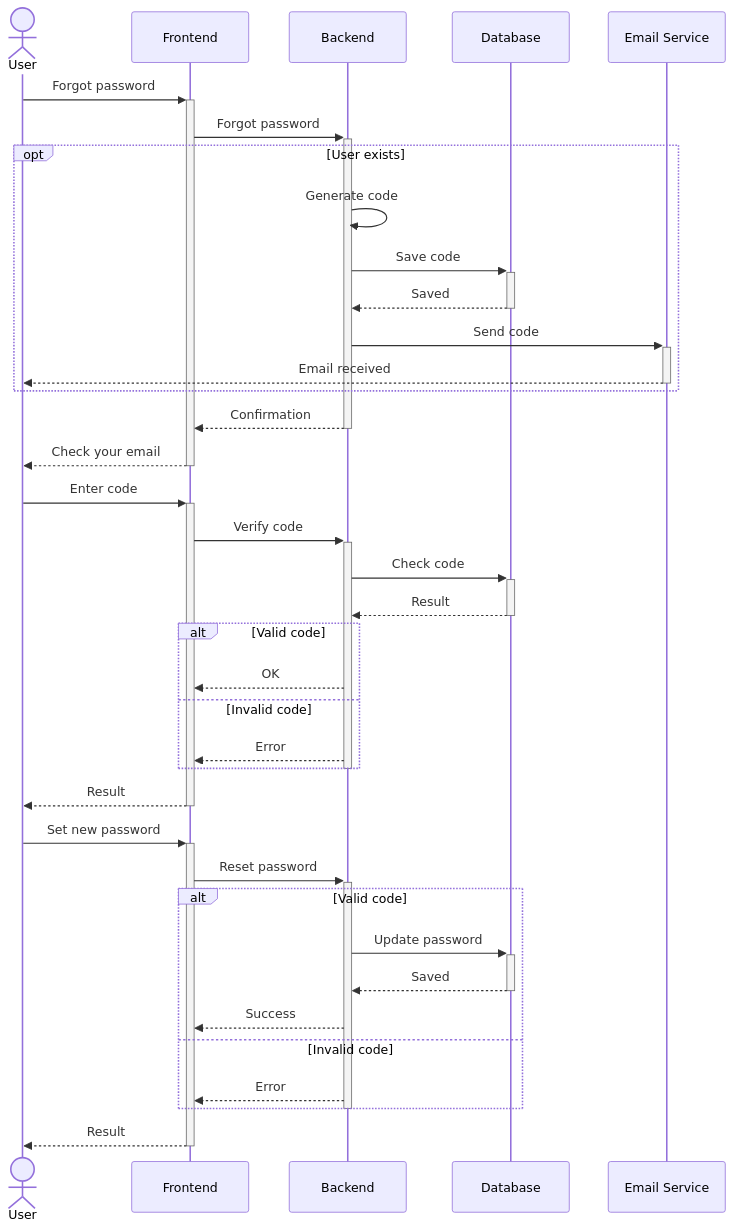
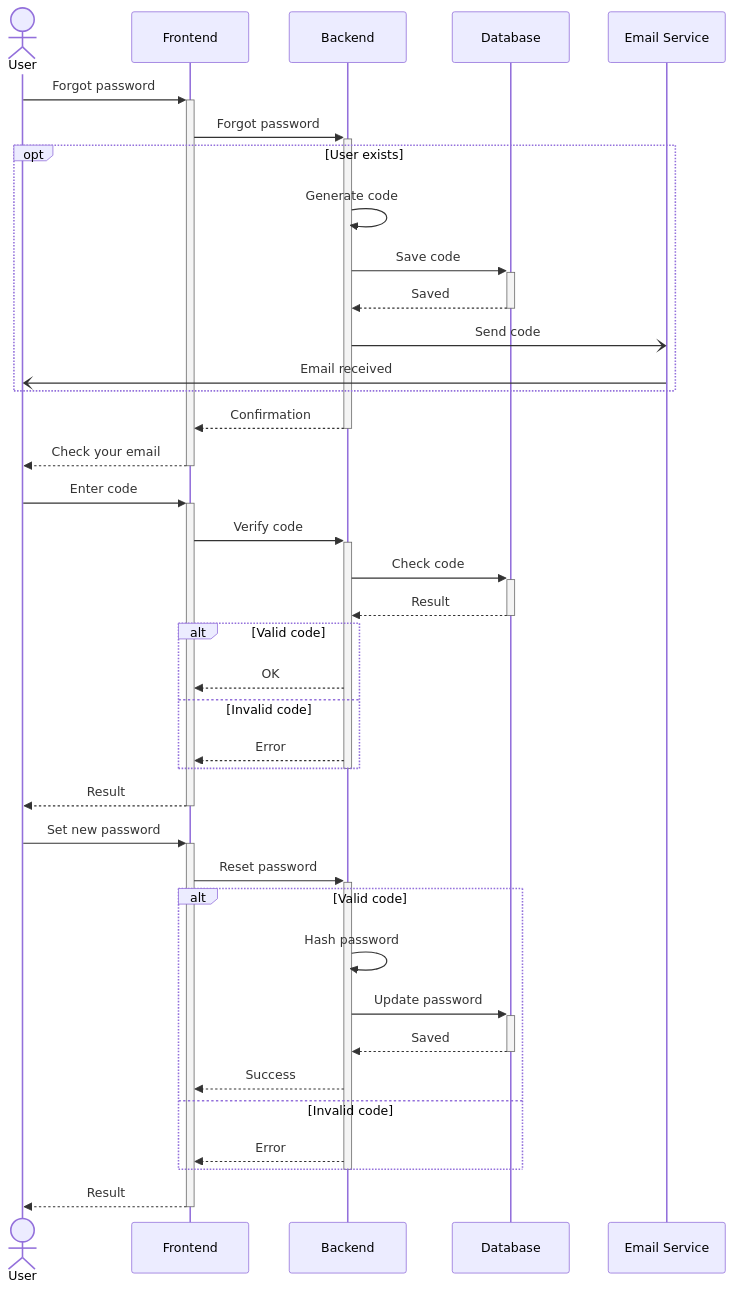
Before and after one commit to MohamedChebbi123/teamnest: the third of 16 diagrams in docs/SEQUENCE_DIAGRAMS.md, drawn with Mermaid. The commit also changed other lines of this file, not shown here.

````diff
--- a/docs/SEQUENCE_DIAGRAMS.md
+++ b/docs/SEQUENCE_DIAGRAMS.md
@@ -113,44 +114,45 @@
 ```mermaid
 sequenceDiagram
     actor User
     participant FE as Frontend
     participant API as Backend
     participant DB as Database
     participant Mail as Email Service
 
     User->>+FE: Forgot password
     FE->>+API: Forgot password
     opt User exists
         API->>API: Generate code
         API->>+DB: Save code
         DB-->>-API: Saved
-        API->>+Mail: Send code
-        Mail-->>-User: Email received
+        API-)Mail: Send code
+        Mail-)User: Email received
     end
     API-->>-FE: Confirmation
     FE-->>-User: Check your email
 
     User->>+FE: Enter code
     FE->>+API: Verify code
     API->>+DB: Check code
     DB-->>-API: Result
     alt Valid code
         API-->>FE: OK
     else Invalid code
         API-->>FE: Error
     end
     deactivate API
     FE-->>-User: Result
 
     User->>+FE: Set new password
     FE->>+API: Reset password
     alt Valid code
+        API->>API: Hash password
         API->>+DB: Update password
         DB-->>-API: Saved
         API-->>FE: Success
     else Invalid code
         API-->>FE: Error
     end
     deactivate API
     FE-->>-User: Result
 ```
````
